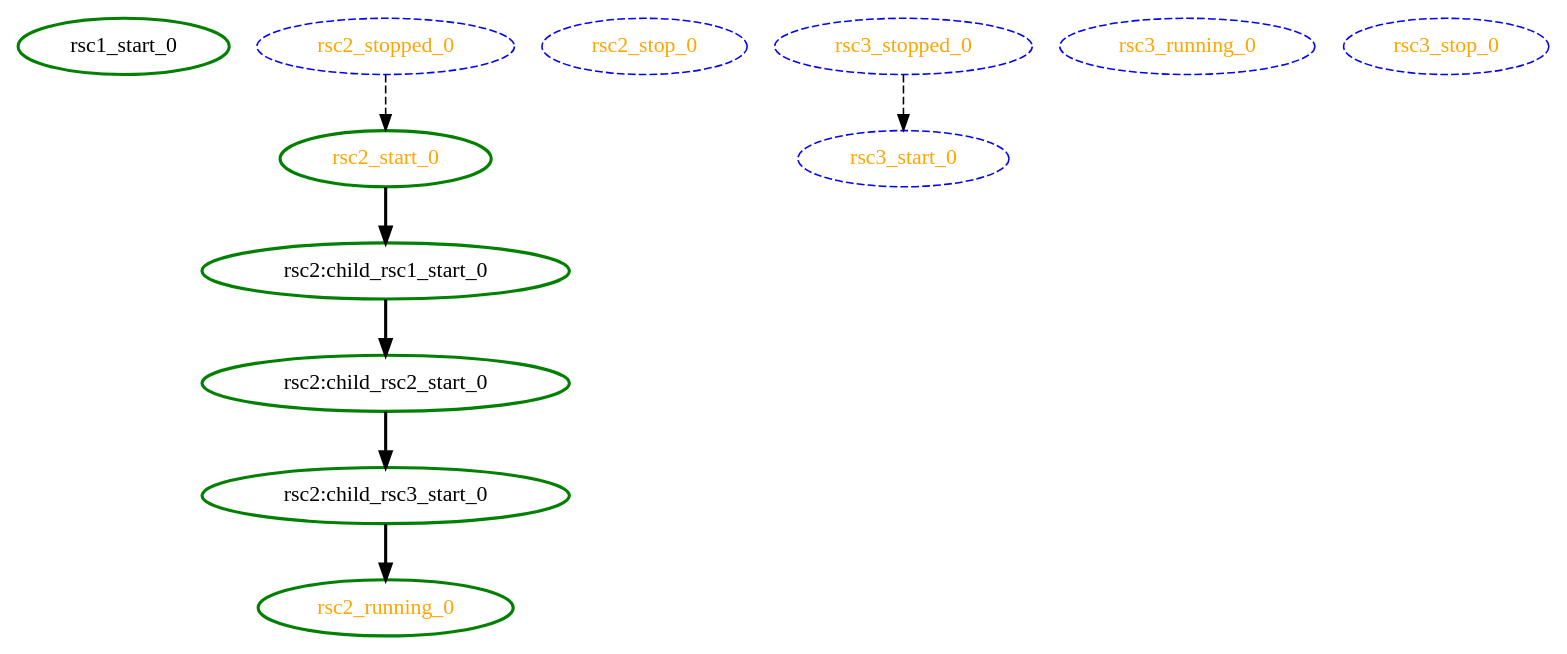
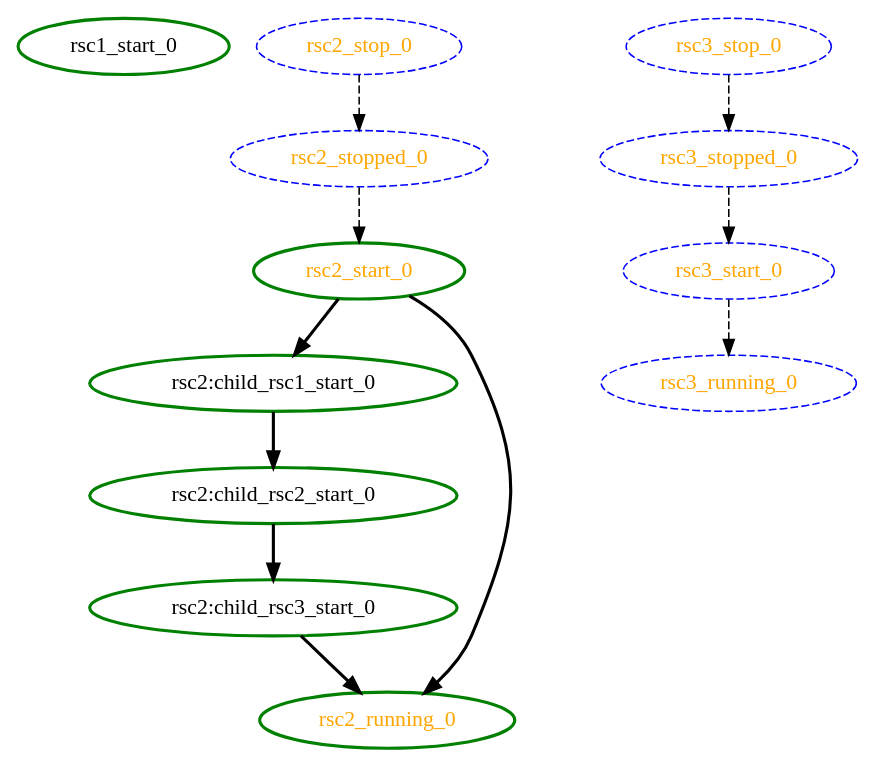
One commit to richiewen8/heartbeat changed the diagram in crm/pengine/testcases/group8.dot. Above: the diagram before and after it, drawn with Graphviz. The commit also changed 105 other files, not shown here.

```diff
--- a/crm/pengine/testcases/group8.dot
+++ b/crm/pengine/testcases/group8.dot
@@ -1,21 +1,25 @@
 digraph "g" {
 	size = "30,30"
 "rsc1_start_0" [ tooltip="node1" style=bold color="green" fontcolor="black" ]
 "rsc2:child_rsc1_start_0" [ tooltip="node1" style=bold color="green" fontcolor="black" ]
 "rsc2:child_rsc2_start_0" [ tooltip="node1" style=bold color="green" fontcolor="black" ]
 "rsc2:child_rsc3_start_0" [ tooltip="node1" style=bold color="green" fontcolor="black" ]
 "rsc2_start_0" [ tooltip="" style=bold color="green" fontcolor="orange" ]
 "rsc2_running_0" [ tooltip="" style=bold color="green" fontcolor="orange" ]
 "rsc2_stop_0" [ style="dashed" color="blue" fontcolor="orange" ]
 "rsc2_stopped_0" [ style="dashed" color="blue" fontcolor="orange" ]
 "rsc3_start_0" [ style="dashed" color="blue" fontcolor="orange" ]
 "rsc3_running_0" [ style="dashed" color="blue" fontcolor="orange" ]
 "rsc3_stop_0" [ style="dashed" color="blue" fontcolor="orange" ]
 "rsc3_stopped_0" [ style="dashed" color="blue" fontcolor="orange" ]
 "rsc2_start_0" -> "rsc2:child_rsc1_start_0" [ style = bold]
 "rsc2:child_rsc1_start_0" -> "rsc2:child_rsc2_start_0" [ style = bold]
 "rsc2:child_rsc2_start_0" -> "rsc2:child_rsc3_start_0" [ style = bold]
 "rsc2_stopped_0" -> "rsc2_start_0" [ style = dashed]
 "rsc2:child_rsc3_start_0" -> "rsc2_running_0" [ style = bold]
+"rsc2_start_0" -> "rsc2_running_0" [ style = bold]
+"rsc2_stop_0" -> "rsc2_stopped_0" [ style = dashed]
 "rsc3_stopped_0" -> "rsc3_start_0" [ style = dashed]
+"rsc3_start_0" -> "rsc3_running_0" [ style = dashed]
+"rsc3_stop_0" -> "rsc3_stopped_0" [ style = dashed]
 }
```
